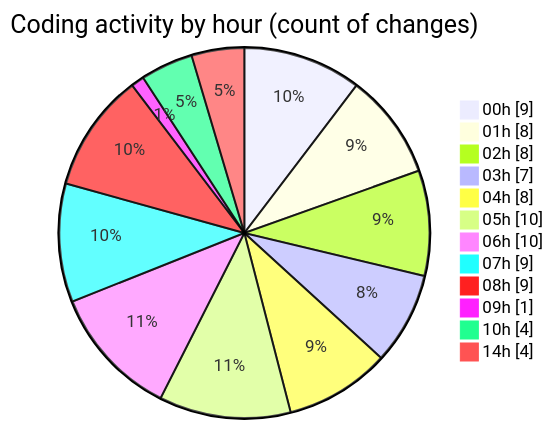
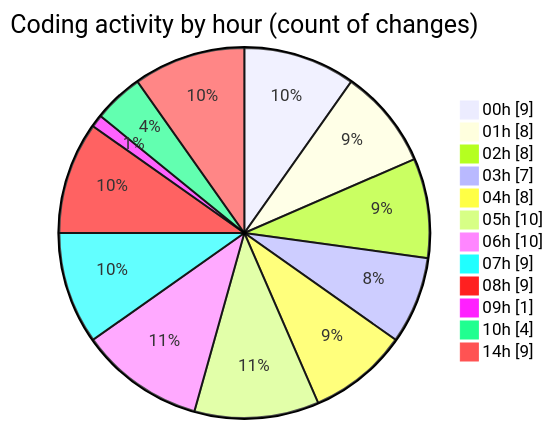
One commit to jrari/code-tracking changed the second of 2 diagrams in 2025-07-14/telebot/README.md. Above: the diagram before and after it, drawn with Mermaid. The commit also changed other lines of this file and 1 other file, not shown here.

````diff
--- a/2025-07-14/telebot/README.md
+++ b/2025-07-14/telebot/README.md
@@ -62,16 +64,16 @@
 ```mermaid
 pie showData
 title Coding activity by hour (count of changes)
 "00h" : 9
 "01h" : 8
 "02h" : 8
 "03h" : 7
 "04h" : 8
 "05h" : 10
 "06h" : 10
 "07h" : 9
 "08h" : 9
 "09h" : 1
 "10h" : 4
-"14h" : 4
+"14h" : 9
 ```
````
